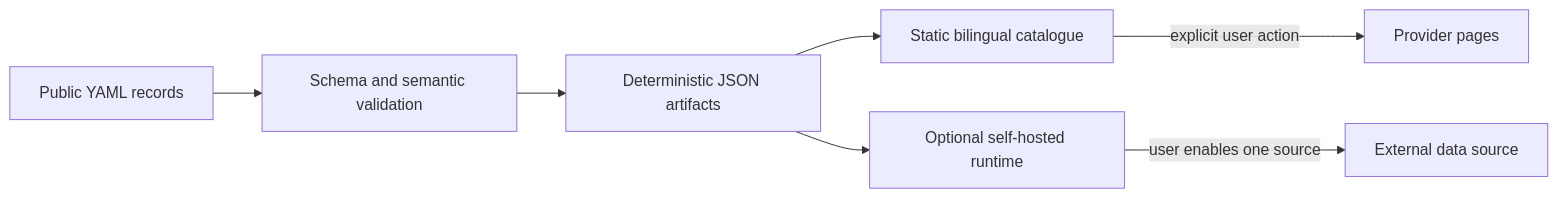
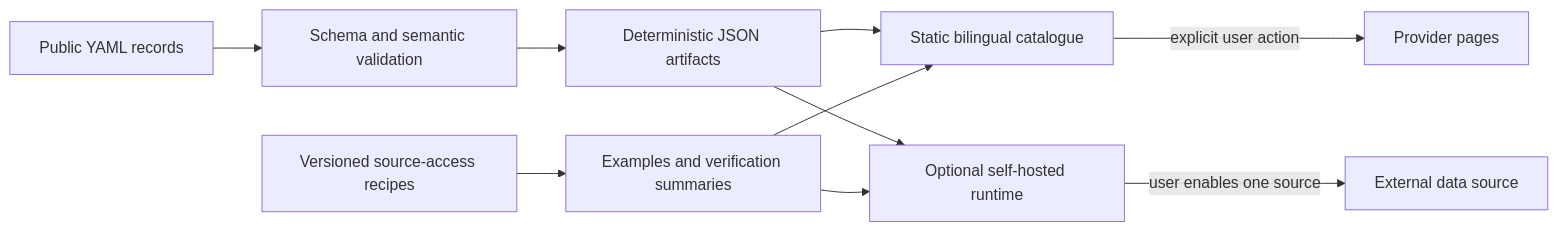
The diagram in docs/architecture/OVERVIEW.md (angusf777/hk-open-data), drawn with Mermaid before and after one commit. The commit also changed other lines of this file and 21 other files, not shown here.

Commit message:
docs: publish source access toolkit guidance

````diff
--- a/docs/architecture/OVERVIEW.md
+++ b/docs/architecture/OVERVIEW.md
@@ -7,9 +7,12 @@
 ```mermaid
 flowchart LR
     Y[Public YAML records] --> V[Schema and semantic validation]
     V --> J[Deterministic JSON artifacts]
     J --> S[Static bilingual catalogue]
     J --> R[Optional self-hosted runtime]
+    A[Versioned source-access recipes] --> G[Examples and verification summaries]
+    G --> S
+    G --> R
     S -->|explicit user action| U[Provider pages]
     R -->|user enables one source| P[External data source]
 ```
````
